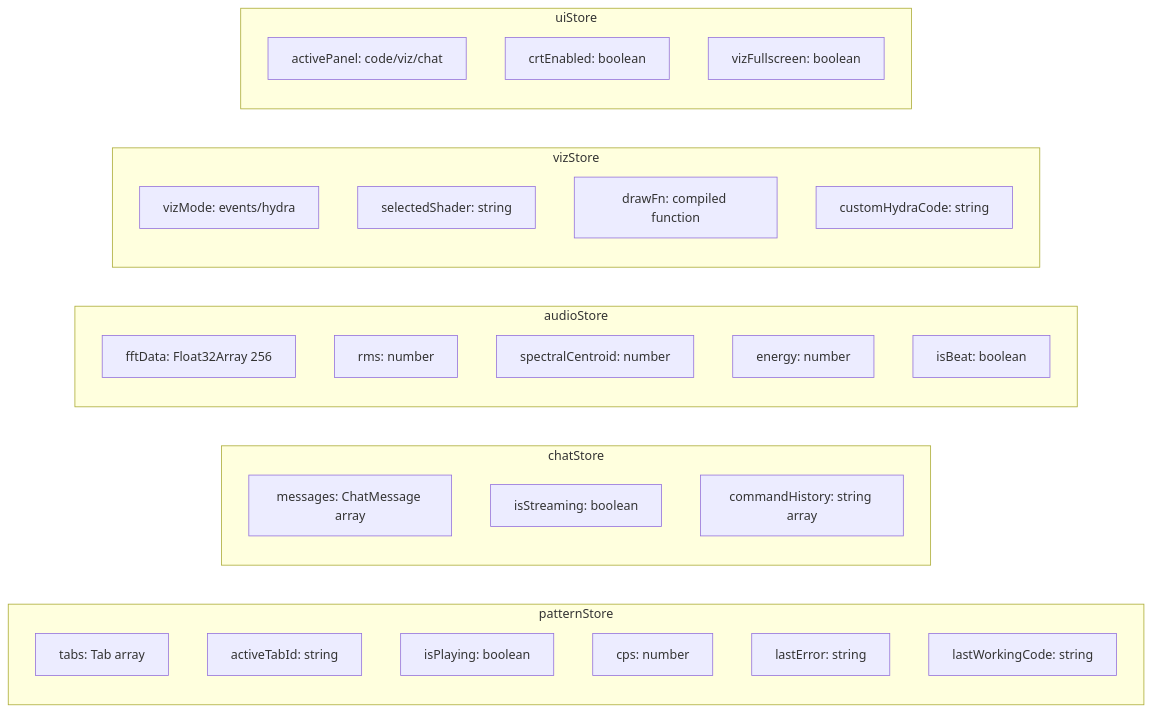
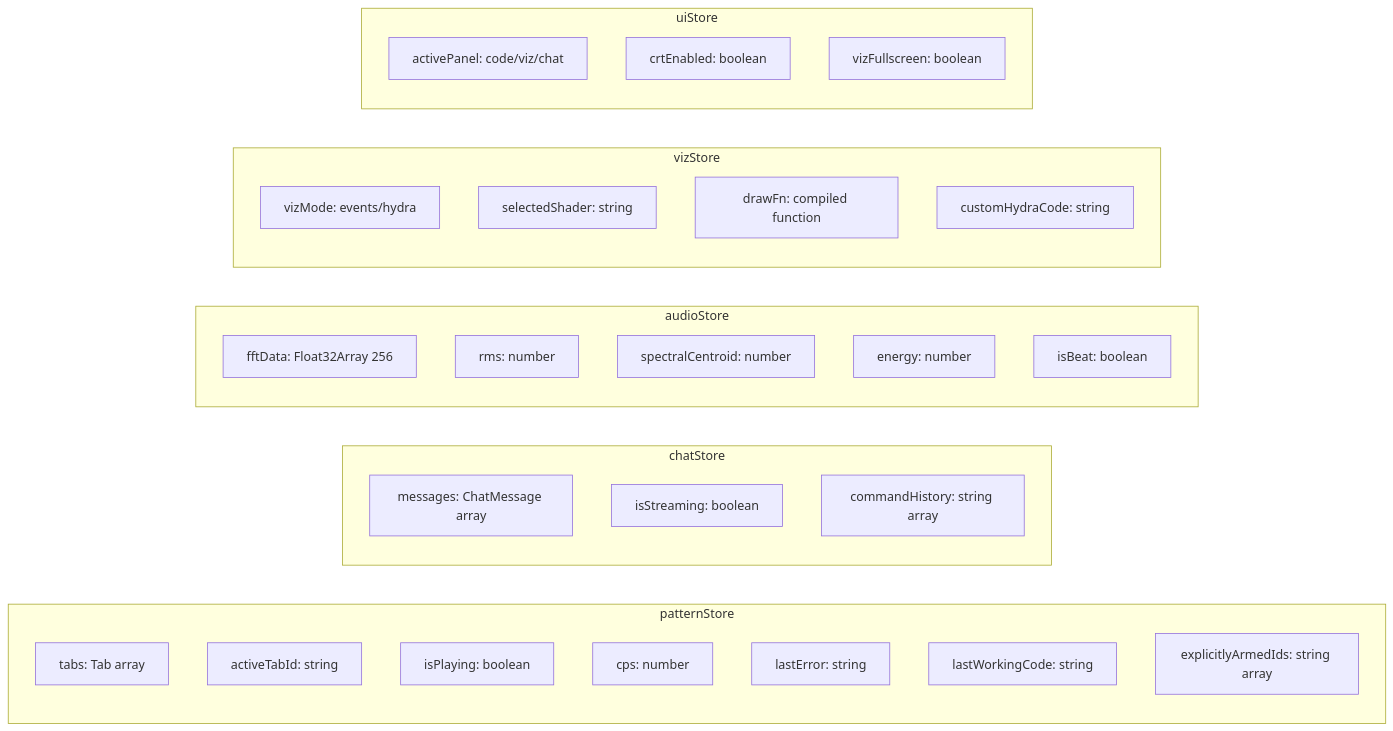
One commit to weathermachine/EuroHack changed the fourth of 21 diagrams in docs/how-it-works.md. Above: the diagram before and after it, drawn with Mermaid. The commit also changed other lines of this file and 4 other files, not shown here.

````diff
--- a/docs/how-it-works.md
+++ b/docs/how-it-works.md
@@ -196,38 +199,39 @@
 ```mermaid
 graph LR
     subgraph patternStore
         TABS[tabs: Tab array]
         ACTIVE[activeTabId: string]
         PLAYING[isPlaying: boolean]
         CPS[cps: number]
         ERROR[lastError: string]
         LWC[lastWorkingCode: string]
+        ARMED[explicitlyArmedIds: string array]
     end
 
     subgraph chatStore
         MSGS[messages: ChatMessage array]
         STREAM[isStreaming: boolean]
         HIST[commandHistory: string array]
     end
 
     subgraph audioStore
         FFT[fftData: Float32Array 256]
         RMS[rms: number]
         SC[spectralCentroid: number]
         ENERGY[energy: number]
         BEAT[isBeat: boolean]
     end
 
     subgraph vizStore
         VMODE[vizMode: events/hydra]
         SHADER[selectedShader: string]
         DRAWFN[drawFn: compiled function]
         HYDRA_CODE[customHydraCode: string]
     end
 
     subgraph uiStore
         PANEL[activePanel: code/viz/chat]
         CRT[crtEnabled: boolean]
         VFULL[vizFullscreen: boolean]
     end
 ```
````
